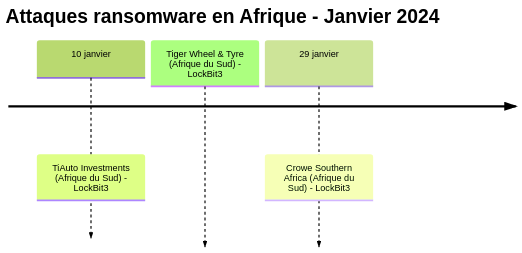
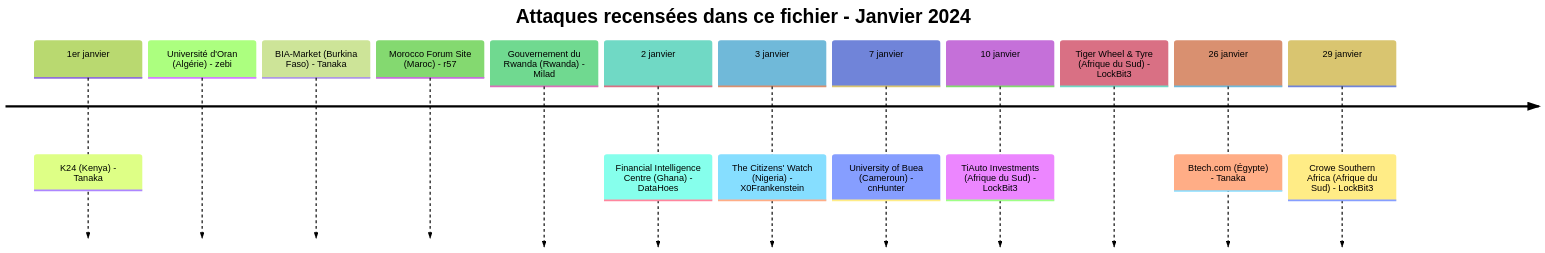
One commit to Hatchepsoute/AFRINTEL changed the first of 4 diagrams in CyberAttackAfrica/2024/01-january/README_FR.md. Above: the diagram before and after it, drawn with Mermaid (forest theme). The commit also changed other lines of this file and 255 other files, not shown here.

````diff
--- a/CyberAttackAfrica/2024/01-january/README_FR.md
+++ b/CyberAttackAfrica/2024/01-january/README_FR.md
@@ -34,7 +44,16 @@
 ```mermaid
 timeline
-    title Attaques ransomware en Afrique - Janvier 2024
+    title Attaques recensées dans ce fichier - Janvier 2024
+    1er janvier : K24 (Kenya) - Tanaka
+                  Université d'Oran (Algérie) - zebi
+                  BIA-Market (Burkina Faso) - Tanaka
+                  Morocco Forum Site (Maroc) - r57
+                  Gouvernement du Rwanda (Rwanda) - Milad
+    2 janvier : Financial Intelligence Centre (Ghana) - DataHoes
+    3 janvier : The Citizens' Watch (Nigeria) - X0Frankenstein
+    7 janvier : University of Buea (Cameroun) - cnHunter
     10 janvier : TiAuto Investments (Afrique du Sud) - LockBit3
                  Tiger Wheel & Tyre (Afrique du Sud) - LockBit3
+    26 janvier : Btech.com (Égypte) - Tanaka
     29 janvier : Crowe Southern Africa (Afrique du Sud) - LockBit3
 ```
````
